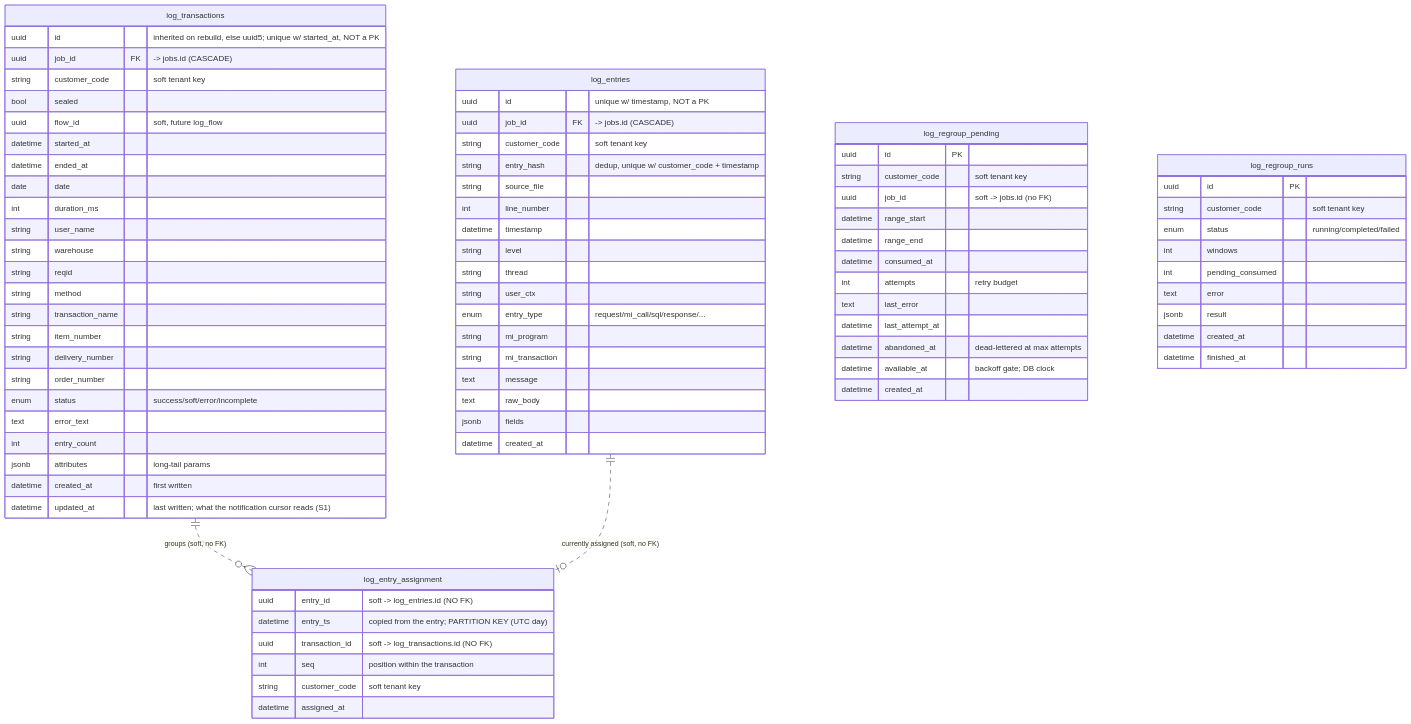
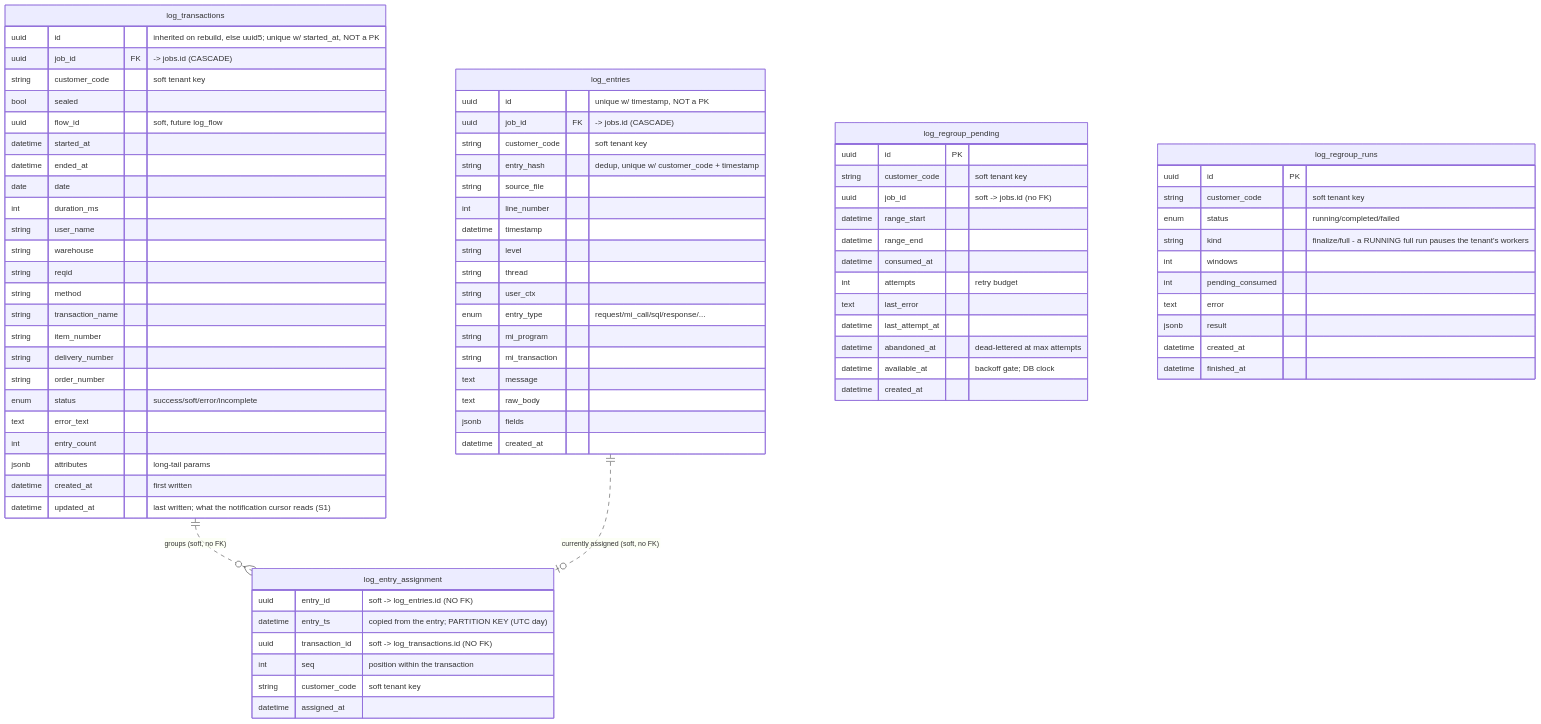
The fourth of 11 diagrams in docs/database-er-diagram.md (eamtalu/RAG-PipeLine), drawn with Mermaid before and after one commit. The commit also changed 11 other files, not shown here.

```diff
--- a/docs/database-er-diagram.md
+++ b/docs/database-er-diagram.md
@@ -272,6 +272,7 @@
         uuid id PK
         string customer_code "soft tenant key"
         enum status "running/completed/failed"
+        string kind "finalize/full - a RUNNING full run pauses the tenant's workers"
         int windows
         int pending_consumed
         text error
```
